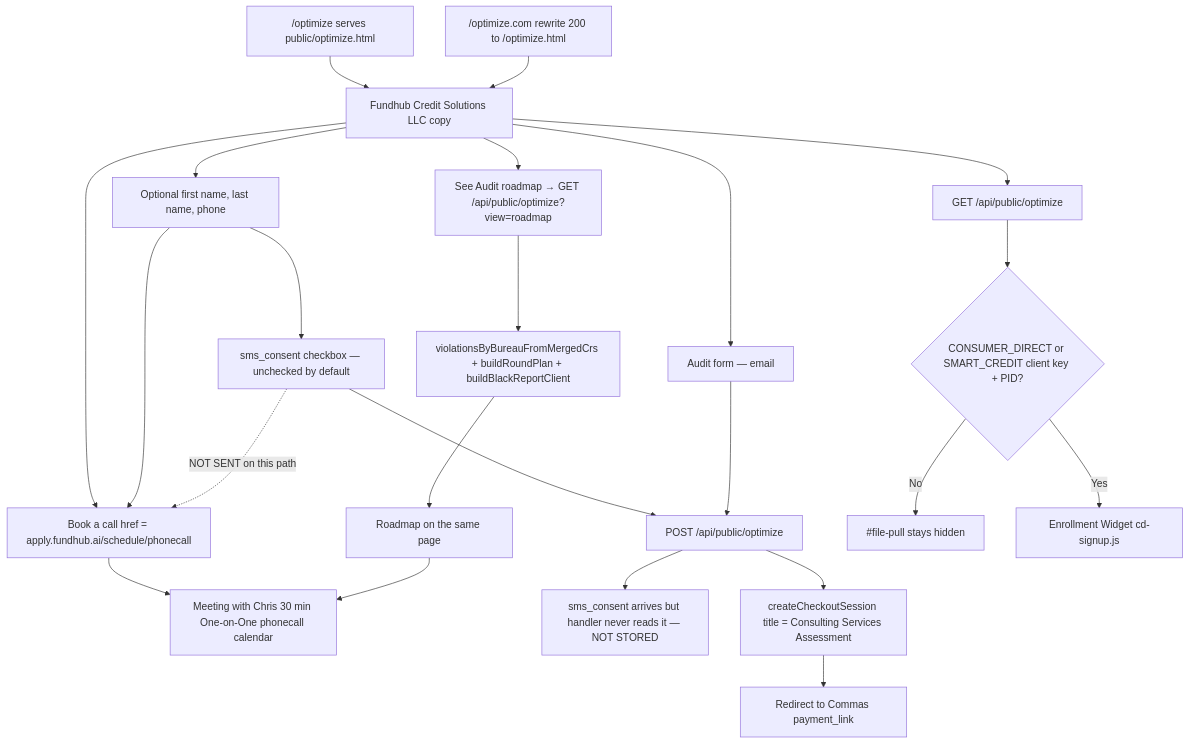
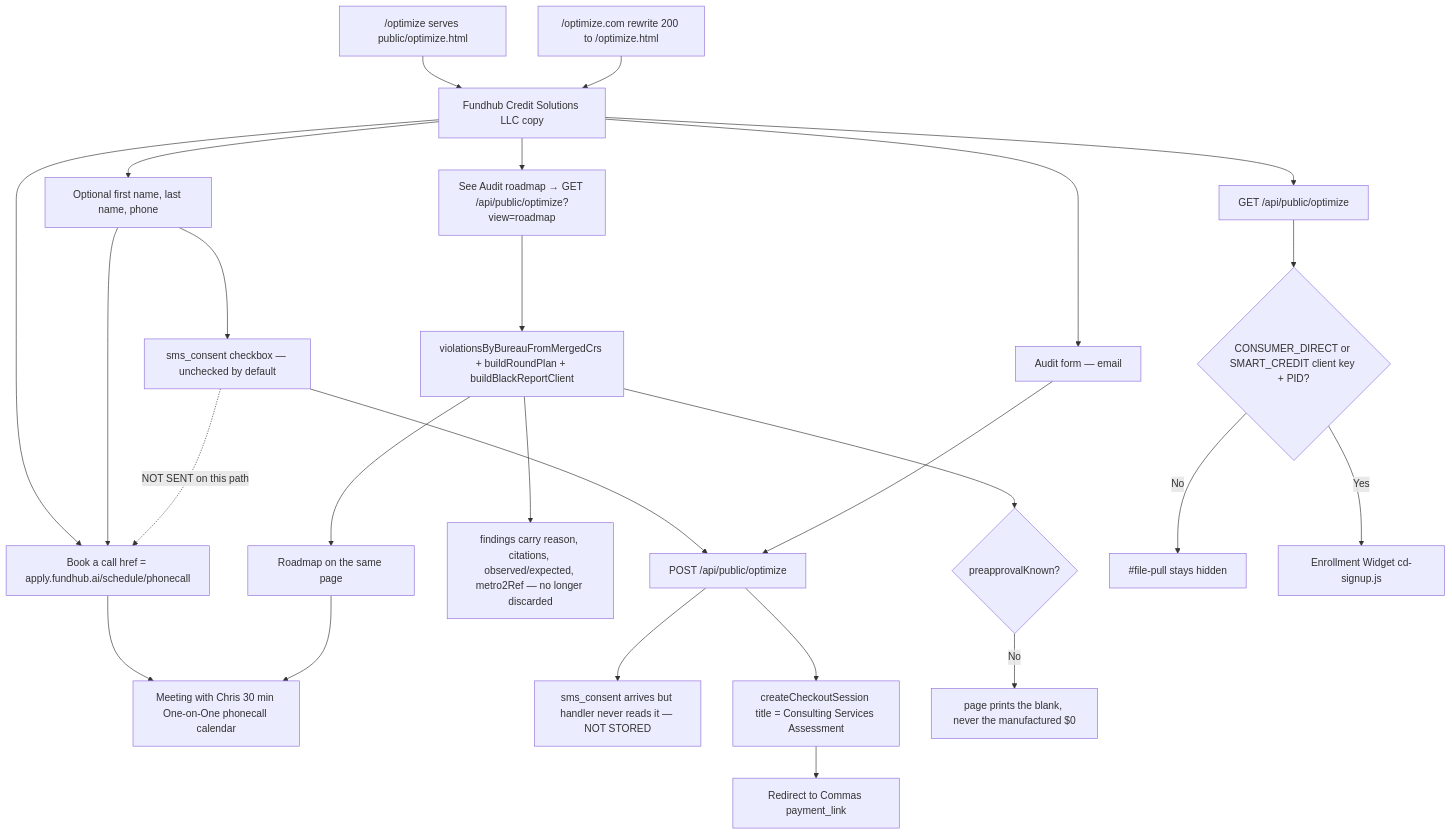
Before and after one commit to ZootimusMaximusSupreme/Fundhub_ai: the diagram in docs/journeys/optimize-actual.md, drawn with Mermaid. The commit also changed 3 other files, not shown here.

````diff
--- a/docs/journeys/optimize-actual.md
+++ b/docs/journeys/optimize-actual.md
@@ -5,25 +5,28 @@
 ```mermaid
 flowchart TD
     PRETTY["/optimize serves public/optimize.html"] --> PAGE[Fundhub Credit Solutions LLC copy]
     REWRITE["/optimize.com rewrite 200 to /optimize.html"] --> PAGE
     PAGE --> FIELDS[Optional first name, last name, phone]
     FIELDS --> CONSENT["sms_consent checkbox — unchecked by default"]
     PAGE --> BTN["Book a call href = apply.fundhub.ai/schedule/phonecall"]
     FIELDS --> BTN
     CONSENT -.->|"NOT SENT on this path"| BTN
     BTN --> CAL[Meeting with Chris 30 min One-on-One phonecall calendar]
     PAGE --> AUDIT[Audit form — email]
     CONSENT --> POST
     AUDIT --> POST["POST /api/public/optimize"]
     POST --> DROP["sms_consent arrives but handler never reads it — NOT STORED"]
     POST --> KEEP["createCheckoutSession title = Consulting Services Assessment"]
     KEEP --> PAY[Redirect to Commas payment_link]
     PAGE --> GET["GET /api/public/optimize"]
     GET --> GATE{CONSUMER_DIRECT or SMART_CREDIT client key + PID?}
     PAGE --> MAP["See Audit roadmap → GET /api/public/optimize?view=roadmap"]
     MAP --> BRAIN["violationsByBureauFromMergedCrs + buildRoundPlan + buildBlackReportClient"]
+    BRAIN --> DETAIL["findings carry reason, citations, observed/expected, metro2Ref — no longer discarded"]
+    BRAIN --> ZERO{"preapprovalKnown?"}
+    ZERO -->|No| BLANK["page prints the blank, never the manufactured $0"]
     BRAIN --> PLAN["Roadmap on the same page"]
     PLAN --> CAL
     GATE -->|No| HIDE["#file-pull stays hidden"]
     GATE -->|Yes| WIDGET["Enrollment Widget cd-signup.js"]
 ```
````
